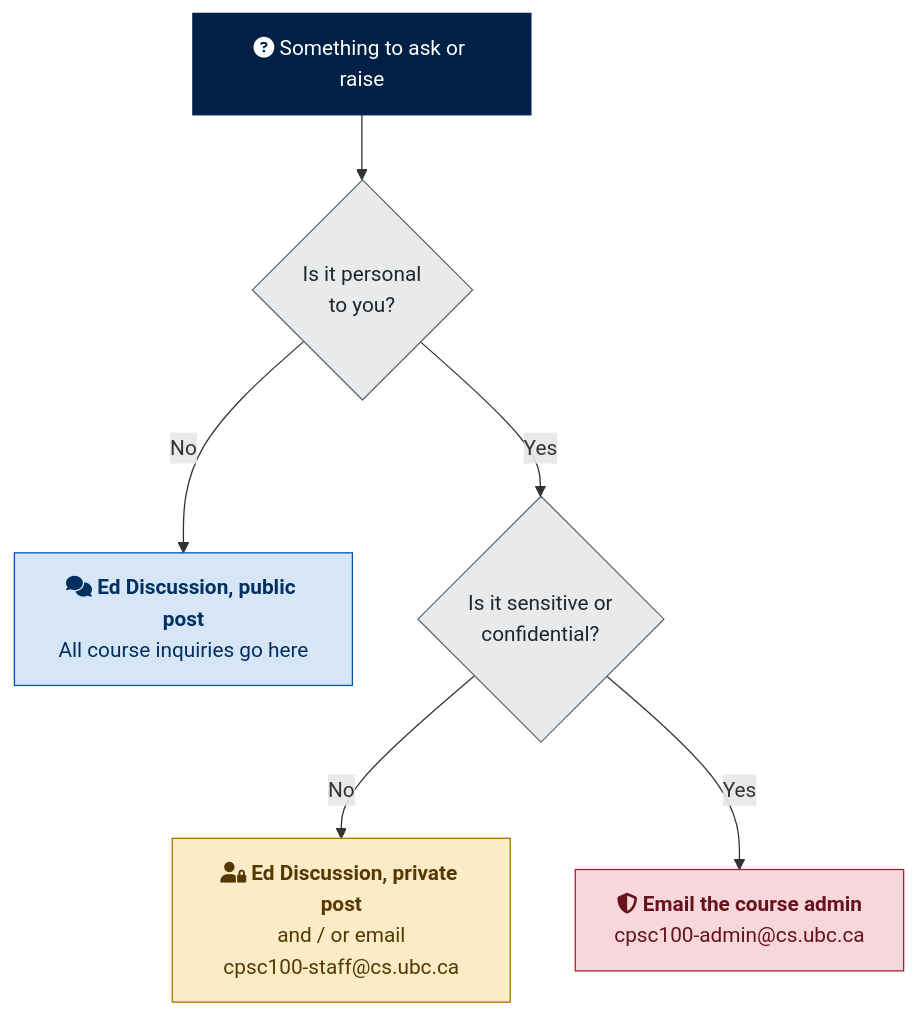
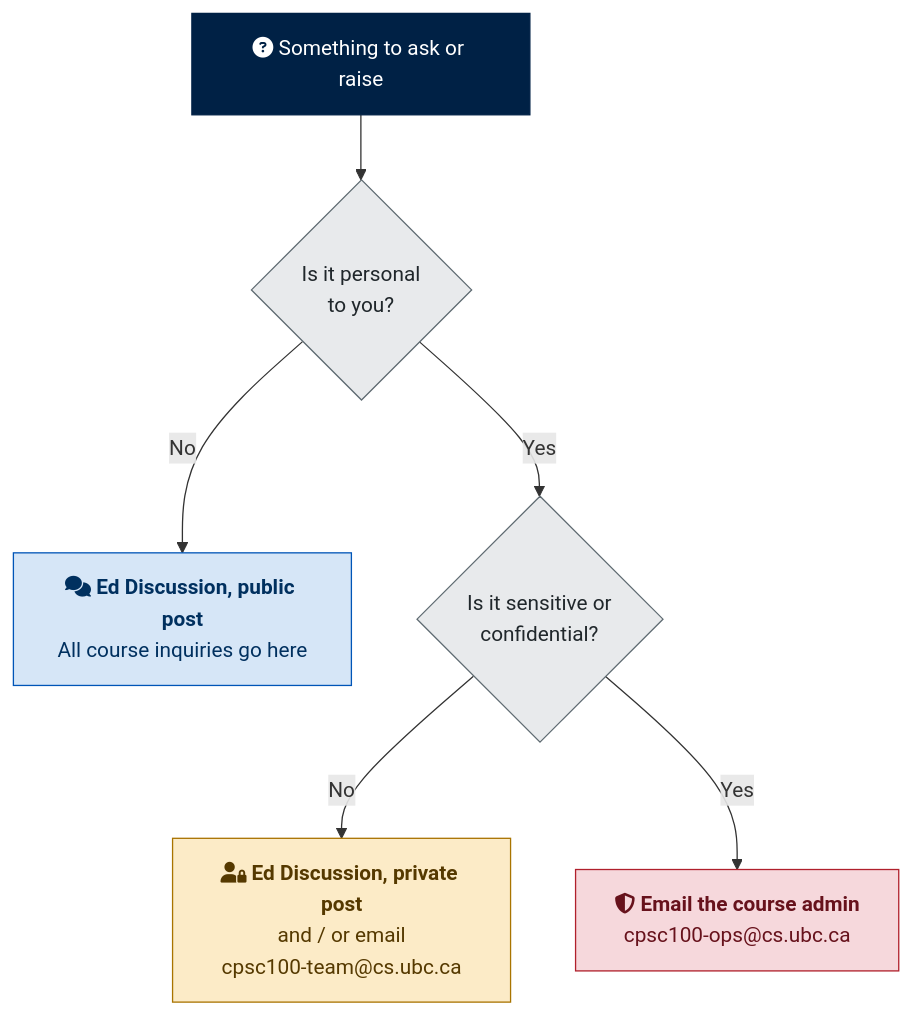
The diagram in docs/communication.md (Parsa-Rajabi/CPSC-100), drawn with Mermaid before and after one commit. The commit also changed other lines of this file, not shown here.

Commit message:
Update course email addresses to cpsc100-team and cpsc100-ops

````diff
--- a/docs/communication.md
+++ b/docs/communication.md
@@ -43,31 +43,31 @@
 ```mermaid
 flowchart TD
     accTitle: CPSC 100 communication routing
     accDescr {
       A decision chart with three outcomes. Start with anything you need to ask or raise.
       If it is not personal to you, post publicly on Ed Discussion, which is where all
       course inquiries go. If it is personal but not sensitive, use a private Ed
       Discussion post and/or email the course staff address. If it is sensitive or
       confidential, email the course admin address instead.
     }
 
     Q["fa:fa-circle-question Something to ask or raise"] --> P{"Is it personal<br/>to you?"}
 
     P -- No --> PUB["fa:fa-comments <b>Ed Discussion, public post</b><br/>All course inquiries go here"]
     P -- Yes --> S{"Is it sensitive or<br/>confidential?"}
 
-    S -- No --> STAFF["fa:fa-user-lock <b>Ed Discussion, private post</b><br/>and / or email<br/>cpsc100-staff@cs.ubc.ca"]
-    S -- Yes --> ADMIN["fa:fa-shield-halved <b>Email the course admin</b><br/>cpsc100-admin@cs.ubc.ca"]
+    S -- No --> STAFF["fa:fa-user-lock <b>Ed Discussion, private post</b><br/>and / or email<br/>cpsc100-team@cs.ubc.ca"]
+    S -- Yes --> ADMIN["fa:fa-shield-halved <b>Email the course admin</b><br/>cpsc100-ops@cs.ubc.ca"]
 
     classDef startNode fill:#002145,stroke:#002145,color:#FFFFFF
     classDef decision  fill:#E8EAEC,stroke:#5E6A71,color:#20272B
     classDef public    fill:#D6E6F7,stroke:#0055B7,color:#00305F
     classDef personal  fill:#FCEBC7,stroke:#A97400,color:#553900
     classDef sensitive fill:#F6D8DC,stroke:#B0202C,color:#67121C
 
     class Q startNode
     class P,S decision
     class PUB public
     class STAFF personal
     class ADMIN sensitive
 ```
````
